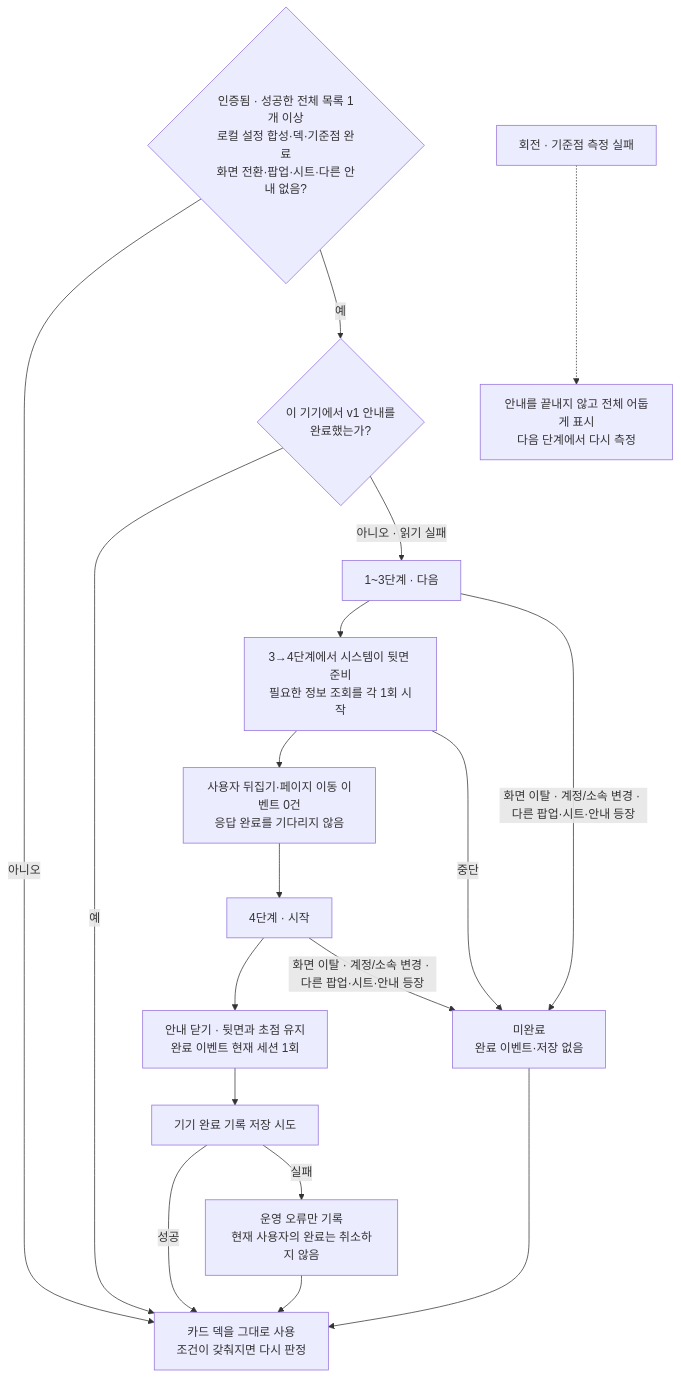
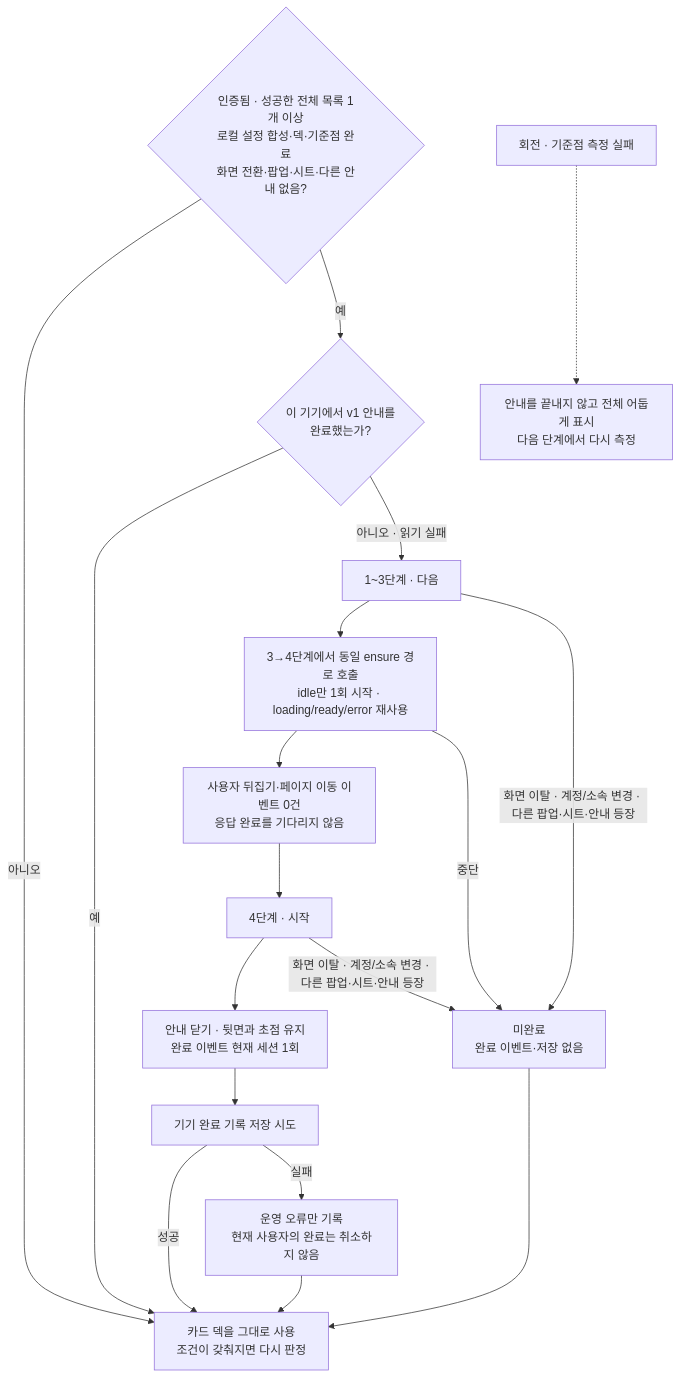
Before and after one commit to OneOrThree/phone: the sixth of 8 diagrams in docs/prd/group/features/02-my-groups/low-level-design.md, drawn with Mermaid. The commit also changed other lines of this file and 16 other files, not shown here.

````diff
--- a/docs/prd/group/features/02-my-groups/low-level-design.md
+++ b/docs/prd/group/features/02-my-groups/low-level-design.md
@@ -195,24 +210,24 @@
 ```mermaid
 flowchart TD
     Eligible{"인증됨 · 성공한 전체 목록 1개 이상<br/>로컬 설정 합성·덱·기준점 완료<br/>화면 전환·팝업·시트·다른 안내 없음?"}
     Eligible -->|아니오| Deck["카드 덱을 그대로 사용<br/>조건이 갖춰지면 다시 판정"]
     Eligible -->|예| Stored{"이 기기에서 v1 안내를<br/>완료했는가?"}
     Stored -->|예| Deck
     Stored -->|아니오 · 읽기 실패| Guide["1~3단계 · 다음"]
 
-    Guide --> Prepare["3→4단계에서 시스템이 뒷면 준비<br/>필요한 정보 조회를 각 1회 시작"]
+    Guide --> Prepare["3→4단계에서 동일 ensure 경로 호출<br/>idle만 1회 시작 · loading/ready/error 재사용"]
     Prepare --> NoEvent["사용자 뒤집기·페이지 이동 이벤트 0건<br/>응답 완료를 기다리지 않음"]
     NoEvent --> Step4["4단계 · 시작"]
     Step4 --> Complete["안내 닫기 · 뒷면과 초점 유지<br/>완료 이벤트 현재 세션 1회"]
     Complete --> Persist["기기 완료 기록 저장 시도"]
     Persist -->|성공| Deck
     Persist -->|실패| WriteFail["운영 오류만 기록<br/>현재 사용자의 완료는 취소하지 않음"]
     WriteFail --> Deck
 
     Guide -->|화면 이탈 · 계정/소속 변경 · 다른 팝업·시트·안내 등장| Interrupted["미완료<br/>완료 이벤트·저장 없음"]
     Prepare -->|중단| Interrupted
     Step4 -->|화면 이탈 · 계정/소속 변경 · 다른 팝업·시트·안내 등장| Interrupted
     Interrupted --> Deck
 
     Layout["회전 · 기준점 측정 실패"] -.-> Fallback["안내를 끝내지 않고 전체 어둡게 표시<br/>다음 단계에서 다시 측정"]
 ```
````
